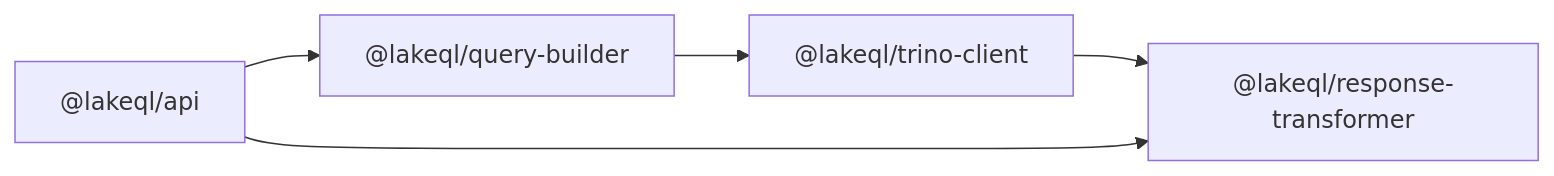
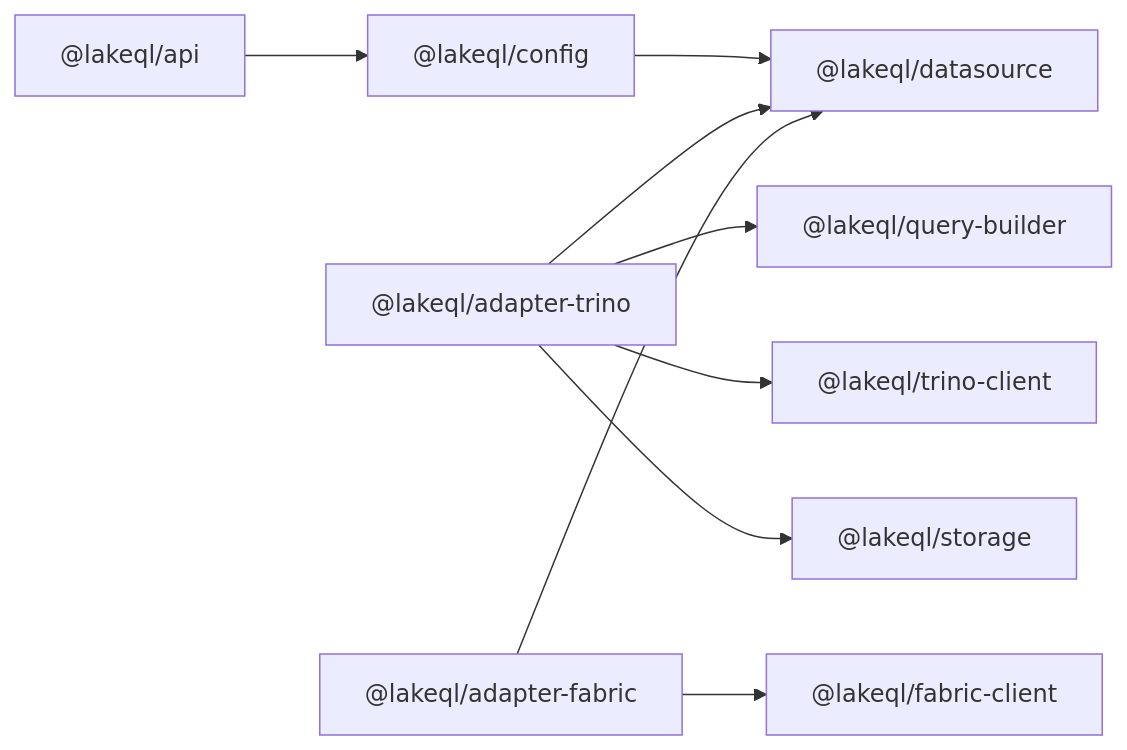
One commit to noxify/lakeql changed the second of 2 diagrams in apps/docs/content/lakeql/01.introduction/03.package-map.mdx. Above: the diagram before and after it, drawn with Mermaid. The commit also changed other lines of this file and 962 other files, not shown here.

First line of the commit message:
feat!: LakeQL 1.0 — first stable release on the adapter-based architecture

````diff
--- a/apps/docs/content/lakeql/01.introduction/03.package-map.mdx
+++ b/apps/docs/content/lakeql/01.introduction/03.package-map.mdx
@@ -71,7 +114,11 @@
-```mermaid preview
+```mermaid
 flowchart LR
-    api["@lakeql/api"] --> qb["@lakeql/query-builder"]
-    qb --> tc["@lakeql/trino-client"]
-    tc --> rt["@lakeql/response-transformer"]
-    api --> rt
+    api["@lakeql/api"] --> cfg["@lakeql/config"]
+    cfg --> ds["@lakeql/datasource"]
+    at["@lakeql/adapter-trino"] --> ds
+    af["@lakeql/adapter-fabric"] --> ds
+    at --> qb["@lakeql/query-builder"]
+    at --> tc["@lakeql/trino-client"]
+    at --> st["@lakeql/storage"]
+    af --> fc["@lakeql/fabric-client"]
 ```
````
